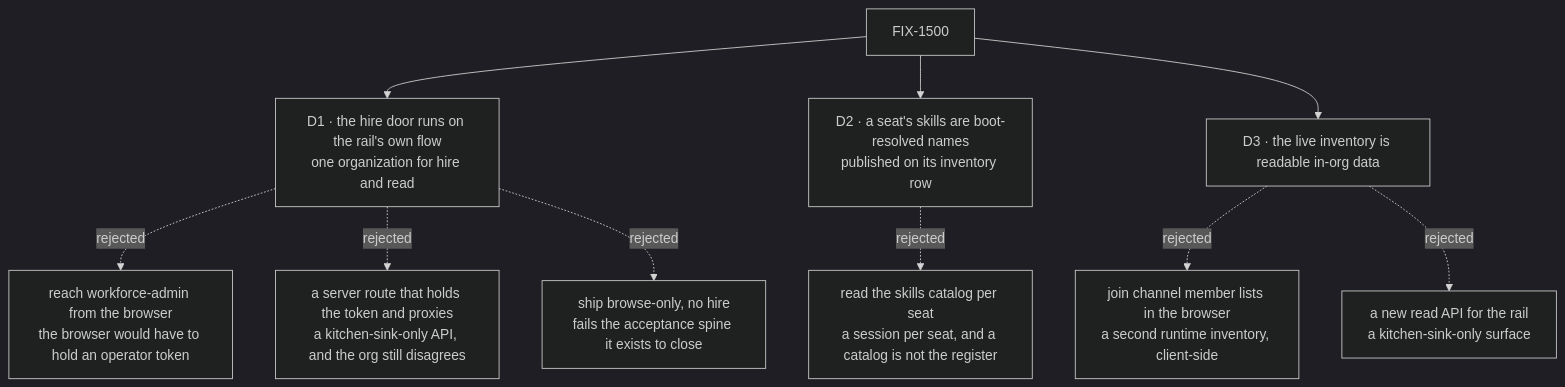
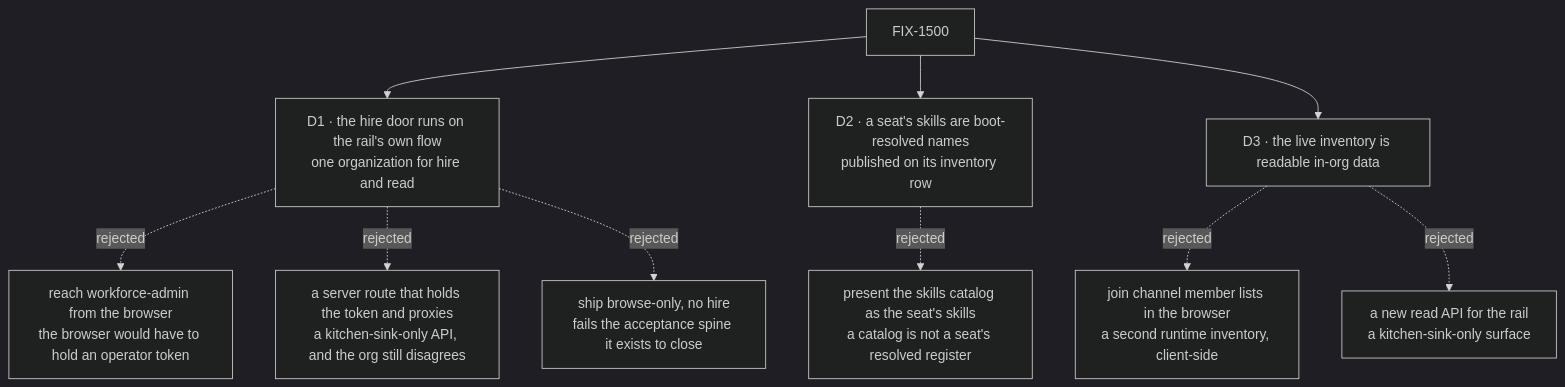
The diagram in specs/issues/FIX-1500/DECISIONS.md (fixpoint-labs/flow-state-dev), drawn with Mermaid (dark theme) before and after one commit. The commit also changed other lines of this file and 1 other file, not shown here.

Commit message:
spec(FIX-1500): narrow two claims to what the evidence supports
Two assertions were wider than what was actually checked:

- "on no screen in the app" — the developer tool has a resource tree that
  does surface collection rows. The verified claim is about the human rail,
  which is what the goal is about; say that instead.
- D2's "Instead of" asserted that reading the skills catalog per seat needs a
  session on each seat's own flow. That mechanism was not verified. The
  defensible argument is the one the fence already makes and the dropped-
  alternatives row already carries: a catalog is not a seat's resolved
  register, and two seats on different teams would read identically.

Claude-Session: https://claude.ai/code/session_01ANuyMVi3YS653fcghb9gtB

````diff
--- a/specs/issues/FIX-1500/DECISIONS.md
+++ b/specs/issues/FIX-1500/DECISIONS.md
@@ -15,12 +15,12 @@
 ```mermaid
 flowchart TD
   I["FIX-1500"] --> D1["D1 · the hire door runs on the rail's own flow<br/>one organization for hire and read"]
   D1 -.->|"rejected"| X1a["reach workforce-admin from the browser<br/>the browser would have to hold an operator token"]
   D1 -.->|"rejected"| X1b["a server route that holds the token and proxies<br/>a kitchen-sink-only API, and the org still disagrees"]
   D1 -.->|"rejected"| X1c["ship browse-only, no hire<br/>fails the acceptance spine it exists to close"]
   I --> D2["D2 · a seat's skills are boot-resolved names<br/>published on its inventory row"]
-  D2 -.->|"rejected"| X2["read the skills catalog per seat<br/>a session per seat, and a catalog is not the register"]
+  D2 -.->|"rejected"| X2["present the skills catalog as the seat's skills<br/>a catalog is not a seat's resolved register"]
   I --> D3["D3 · the live inventory is readable in-org data"]
   D3 -.->|"rejected"| X3a["join channel member lists in the browser<br/>a second runtime inventory, client-side"]
   D3 -.->|"rejected"| X3b["a new read API for the rail<br/>a kitchen-sink-only surface"]
 ```
````
